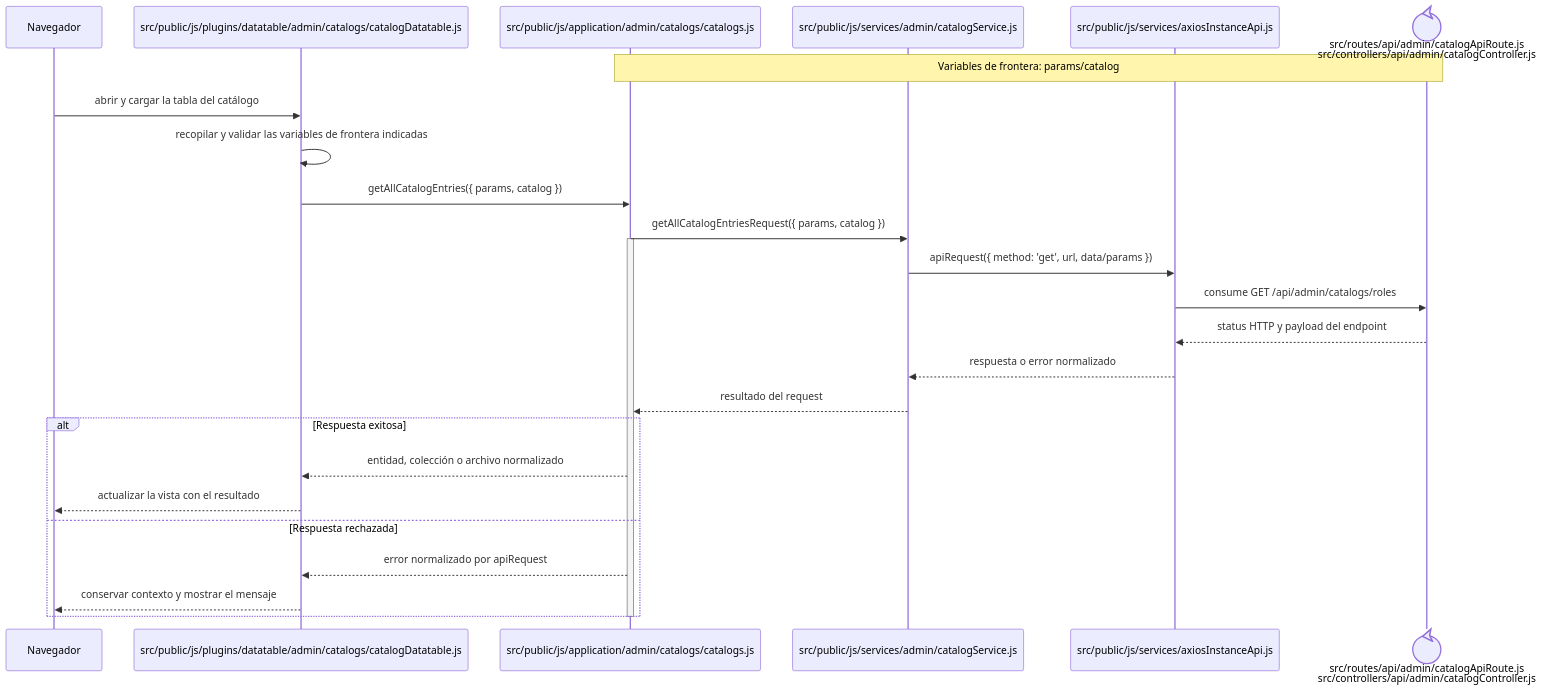
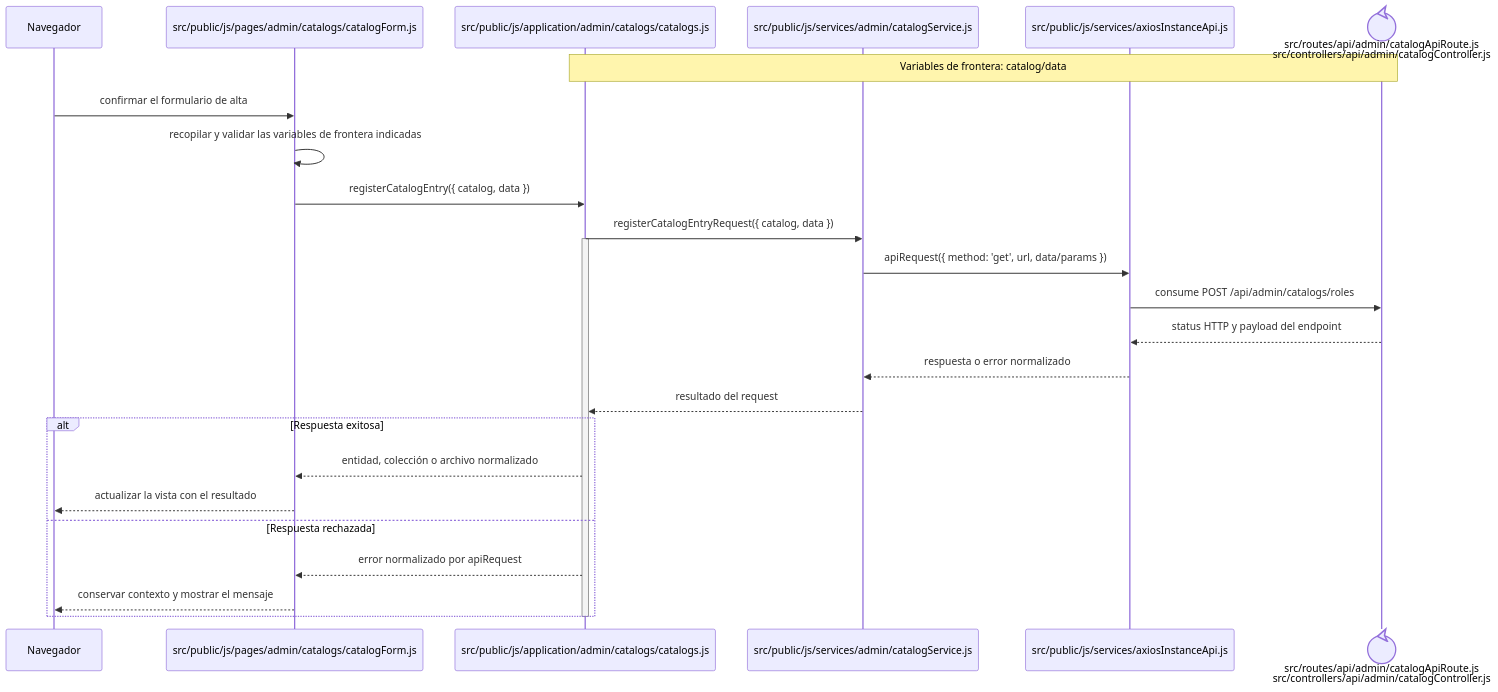
One commit to gpgsistemas01/nexus changed the diagram in docs/architecture/frontend-code-sequences/catalogs/cu-cat-13.md. Above: the diagram before and after it, drawn with Mermaid. The commit also changed other lines of this file and 167 other files, not shown here.

````diff
--- a/docs/architecture/frontend-code-sequences/catalogs/cu-cat-13.md
+++ b/docs/architecture/frontend-code-sequences/catalogs/cu-cat-13.md
@@ -6,29 +6,29 @@
 ```mermaid
 sequenceDiagram
     participant Browser as Navegador
-    participant View as src/public/js/plugins/datatable/admin/catalogs/catalogDatatable.js
+    participant View as src/public/js/pages/admin/catalogs/catalogForm.js
     participant Application as src/public/js/application/admin/catalogs/catalogs.js
     participant Request as src/public/js/services/admin/catalogService.js
     participant HTTP as src/public/js/services/axiosInstanceApi.js
     participant Transport@{ "type": "control" } as src/routes/api/admin/catalogApiRoute.js<br/>src/controllers/api/admin/catalogController.js
-    Note over Application,Transport: Variables de frontera: params/catalog
+    Note over Application,Transport: Variables de frontera: catalog/data
 
-    Browser->>View: abrir y cargar la tabla del catálogo
+    Browser->>View: confirmar el formulario de alta
     View->>View: recopilar y validar las variables de frontera indicadas
-    View->>Application: getAllCatalogEntries({ params, catalog })
-    Application->>Request: getAllCatalogEntriesRequest({ params, catalog })
+    View->>Application: registerCatalogEntry({ catalog, data })
+    Application->>Request: registerCatalogEntryRequest({ catalog, data })
     activate Application
     Request->>HTTP: apiRequest({ method: 'get', url, data/params })
-    HTTP->>Transport: consume GET /api/admin/catalogs/roles
+    HTTP->>Transport: consume POST /api/admin/catalogs/roles
     Transport-->>HTTP: status HTTP y payload del endpoint
     HTTP-->>Request: respuesta o error normalizado
     Request-->>Application: resultado del request
     alt Respuesta exitosa
         Application-->>View: entidad, colección o archivo normalizado
         View-->>Browser: actualizar la vista con el resultado
     else Respuesta rechazada
         Application-->>View: error normalizado por apiRequest
         View-->>Browser: conservar contexto y mostrar el mensaje
     end
     deactivate Application
 ```
````
